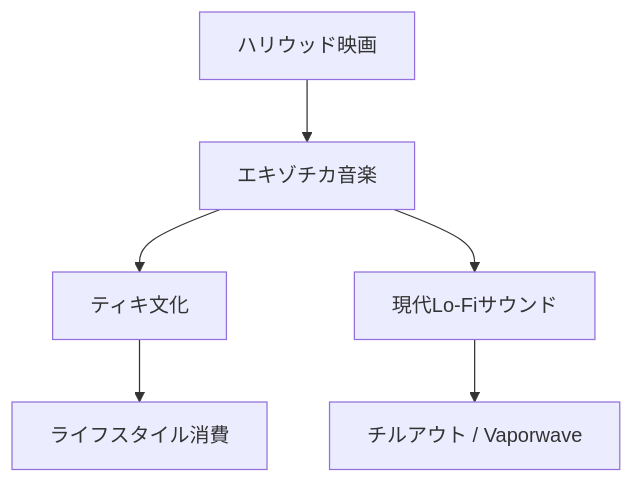
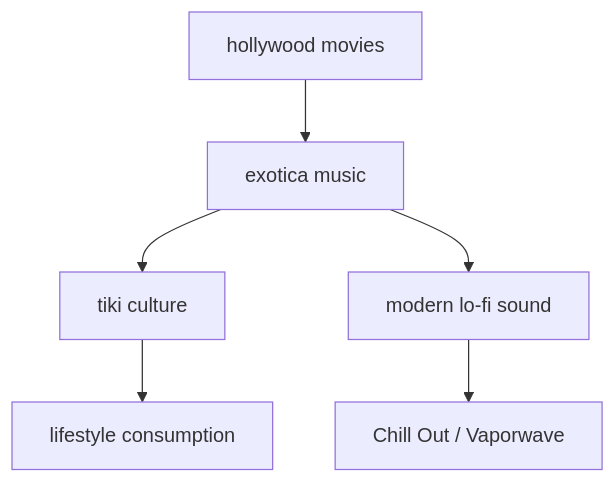
Before and after one commit to monumental-movement/monumental-movement.github.io: the second of 2 diagrams in en/_posts/2025-11-02-column-korla-pandit.md, drawn with Mermaid. The commit also changed other lines of this file and 152 other files, not shown here.

```diff
--- a/en/_posts/2025-11-02-column-korla-pandit.md
+++ b/en/_posts/2025-11-02-column-korla-pandit.md
@@ -182,10 +182,10 @@
 <div class="mermaid">
 
 graph TD
-    A[ハリウッド映画] --> B[エキゾチカ音楽]
-    B --> C[ティキ文化]
-    C --> D[ライフスタイル消費]
-    B --> E[現代Lo-Fiサウンド]
-    E --> F[チルアウト / Vaporwave]
+    A[hollywood movies] --> B[exotica music]
+    B --> C[tiki culture]
+    C --> D[lifestyle consumption]
+    B --> E[modern lo-fi sound]
+    E --> F[Chill Out / Vaporwave]
 
 </div>
```
